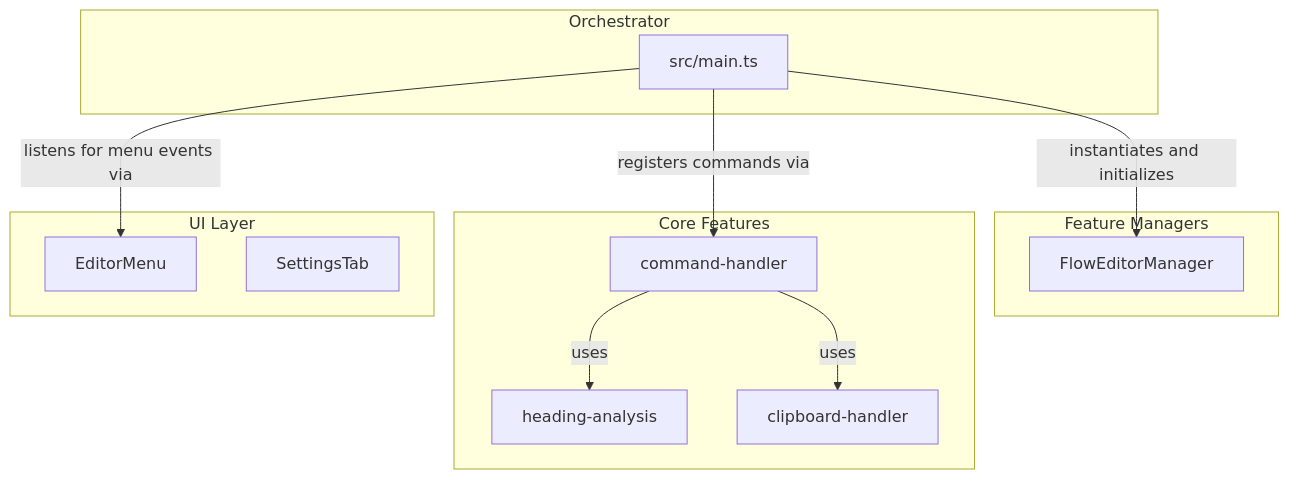
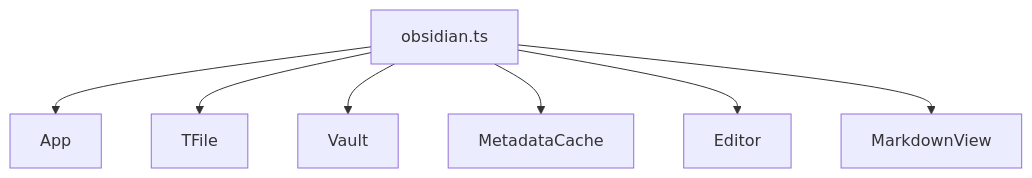
One commit to Jasper-1024/block-link-plus changed the seventh of 13 diagrams in memory-bank/systemPatterns.md. Above: the diagram before and after it, drawn with Mermaid. The commit also changed other lines of this file and 3 other files, not shown here.

````diff
--- a/memory-bank/systemPatterns.md
+++ b/memory-bank/systemPatterns.md
@@ -35,27 +138,9 @@
 ```mermaid
 graph TD
-    subgraph Orchestrator
-        A[src/main.ts]
-    end
-
-    subgraph Feature Managers
-        G[FlowEditorManager]
-    end
-
-    subgraph Core Features
-        B[command-handler]
-        C[heading-analysis]
-        D[clipboard-handler]
-    end
-    
-    subgraph UI Layer
-        E[EditorMenu]
-        F[SettingsTab]
-    end
-
-    A -- instantiates and initializes --> G
-    A -- registers commands via --> B
-    A -- listens for menu events via --> E
-    B -- uses --> C
-    B -- uses --> D
+    A[obsidian.ts] --> B[App]
+    A --> C[TFile]
+    A --> D[Vault]
+    A --> E[MetadataCache]
+    A --> F[Editor]
+    A --> G[MarkdownView]
 ```
````
